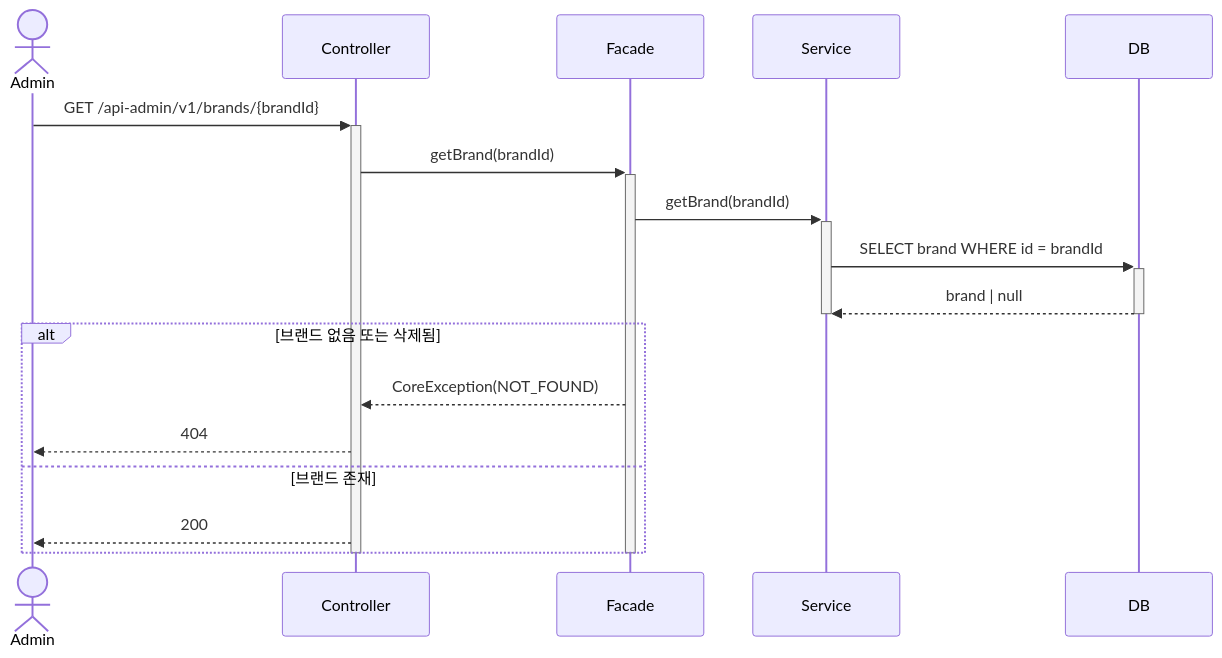
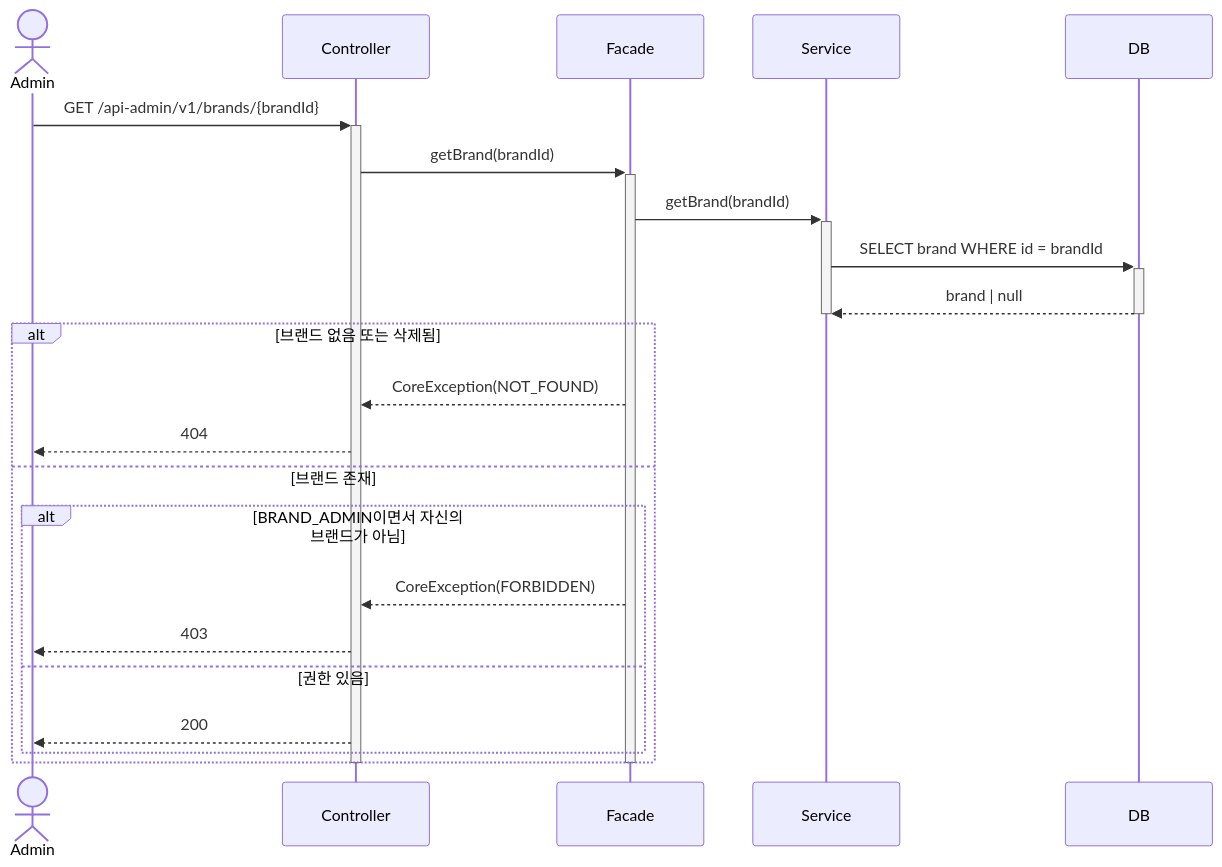
Before and after one commit to loopers-labs/loop-pack-be-l2-vol4-java: diagram 12 of 21 in .docs/design/02-sequence-diagrams.md, drawn with Mermaid. The commit also changed other lines of this file and 3 other files, not shown here.

````diff
--- a/.docs/design/02-sequence-diagrams.md
+++ b/.docs/design/02-sequence-diagrams.md
@@ -349,24 +360,29 @@
 ```mermaid
 sequenceDiagram
     actor Admin
     participant Controller
     participant Facade
     participant Service
     participant DB
 
     Admin->>+Controller: GET /api-admin/v1/brands/{brandId}
     Controller->>+Facade: getBrand(brandId)
     Facade->>+Service: getBrand(brandId)
     Service->>+DB: SELECT brand WHERE id = brandId
     DB-->>-Service: brand | null
     deactivate Service
 
     alt 브랜드 없음 또는 삭제됨
         Facade-->>Controller: CoreException(NOT_FOUND)
         Controller-->>Admin: 404
     else 브랜드 존재
-        Controller-->>Admin: 200
+        alt BRAND_ADMIN이면서 자신의 브랜드가 아님
+            Facade-->>Controller: CoreException(FORBIDDEN)
+            Controller-->>Admin: 403
+        else 권한 있음
+            Controller-->>Admin: 200
+        end
     end
     deactivate Facade
     deactivate Controller
 ```
````
